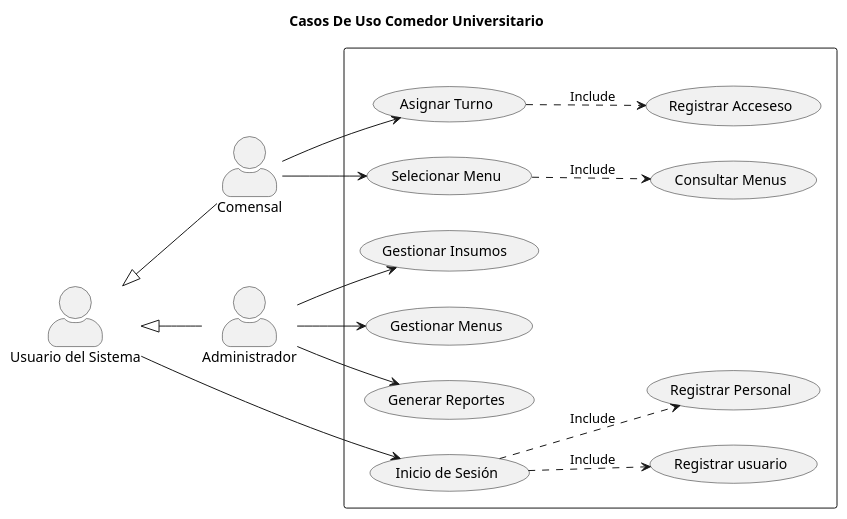
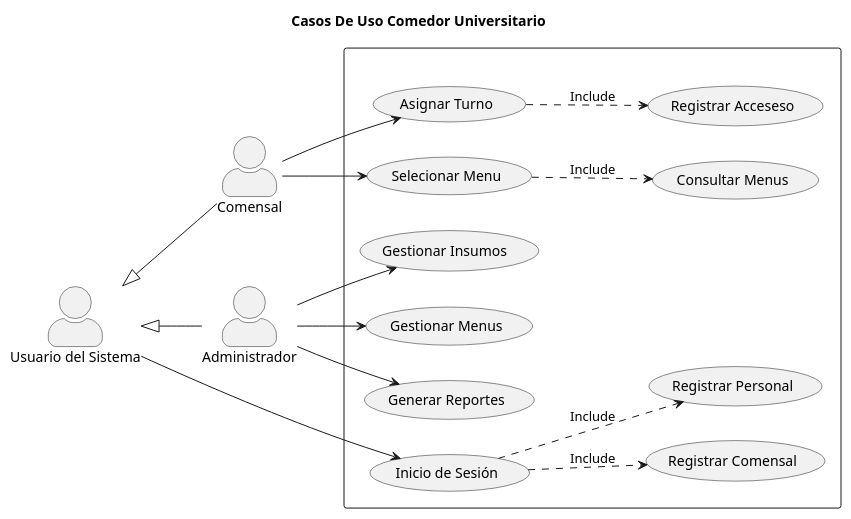
Before and after one commit to luisangelaraujo/IS-PROJECT: the diagram in docs/Requisitos/DiagramaCasosDeUso.puml, drawn with PlantUML. The commit also changed 5 other files, not shown here.

Commit message:
Se agregaron las imagenes de los diagramas de requisitos

```diff
--- a/docs/Requisitos/DiagramaCasosDeUso.puml
+++ b/docs/Requisitos/DiagramaCasosDeUso.puml
@@ -1,49 +1,49 @@
 @startuml DiagramaDeCasosDeUso
 
 title Casos De Uso Comedor Universitario
 skinparam actorStyle awesome
 left to right direction
 
 actor Comensal
 actor Administrador
 actor :Usuario del Sistema: as user
 
 
 rectangle " "{
 
     usecase (Inicio de Sesión) as inicio
 
-    usecase (Registrar usuario) as registro_usuario
+    usecase (Registrar Comensal) as registro_usuario
     usecase (Registrar Acceseso) as registro_acceso
     usecase (Asignar Turno) as asignacion
     usecase (Consultar Menus) as menus_consultar
     usecase (Selecionar Menu) as menus_selecionar
 
    
     usecase (Gestionar Insumos ) as insumos
     usecase (Gestionar Menus) as gestion 
     usecase (Generar Reportes) as reporte
     usecase (Registrar Personal) as registro_personal
 
 }
 
 user <|-- Comensal
 user <|-- Administrador
 
 user --> inicio
 inicio ..> registro_usuario : Include
 inicio ..> registro_personal : Include
 
 
 Comensal --> asignacion
 Comensal --> menus_selecionar
 
 menus_selecionar ..> menus_consultar : Include
 asignacion ..>  registro_acceso : Include
 
 
 Administrador --> insumos
 Administrador --> gestion
 Administrador --> reporte
 
 @enduml
```
